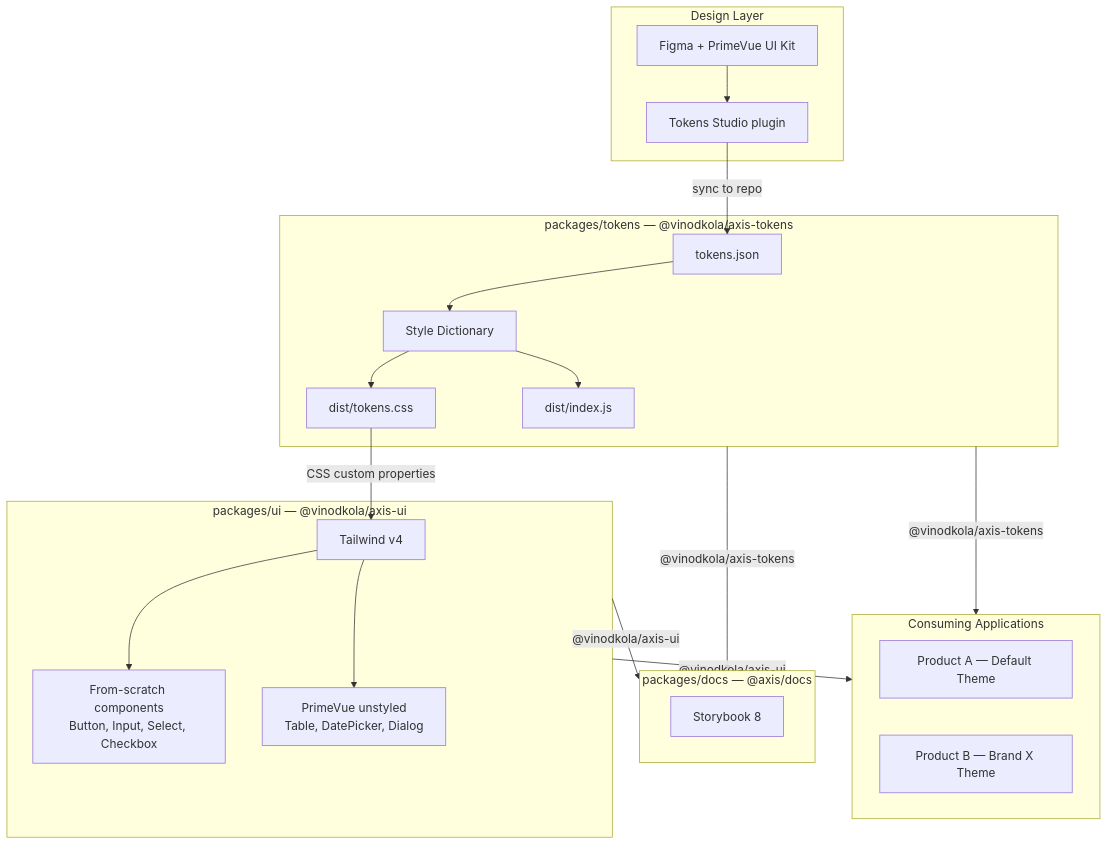
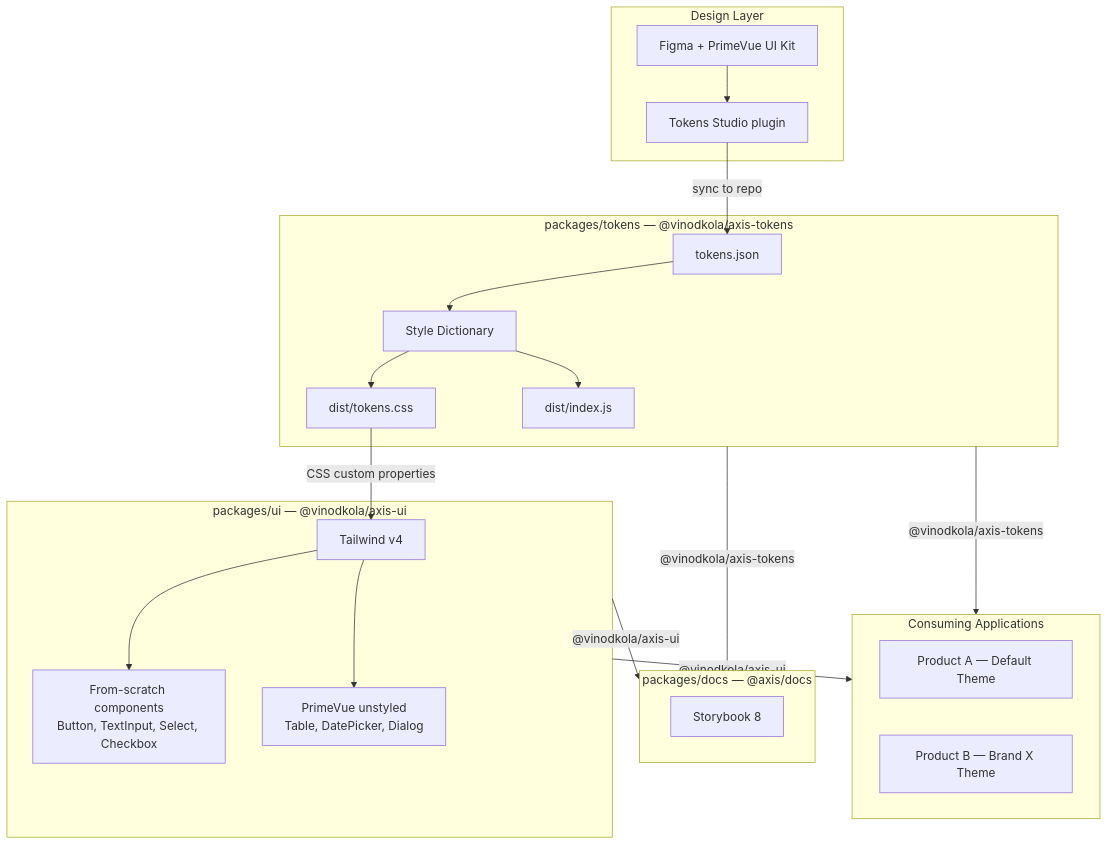
The first of 4 diagrams in docs/architecture.md (vinodkola1337/axis-design-system), drawn with Mermaid before and after one commit. The commit also changed other lines of this file, not shown here.

Commit message:
Align architecture docs with TextInput naming

````diff
--- a/docs/architecture.md
+++ b/docs/architecture.md
@@ -11,42 +11,42 @@
 ```mermaid
 flowchart TD
     subgraph Design["Design Layer"]
         Figma["Figma + PrimeVue UI Kit"]
         TS["Tokens Studio plugin"]
         Figma --> TS
     end
 
     subgraph PkgTokens["packages/tokens — @vinodkola/axis-tokens"]
         JSON["tokens.json"]
         SD["Style Dictionary"]
         CSSOUT["dist/tokens.css"]
         JSOUT["dist/index.js"]
         JSON --> SD
         SD --> CSSOUT
         SD --> JSOUT
     end
 
     subgraph PkgUI["packages/ui — @vinodkola/axis-ui"]
         TW["Tailwind v4"]
-        Scratch["From-scratch components<br/>Button, Input, Select, Checkbox"]
+        Scratch["From-scratch components<br/>Button, TextInput, Select, Checkbox"]
         PVU["PrimeVue unstyled<br/>Table, DatePicker, Dialog"]
         TW --> Scratch
         TW --> PVU
     end
 
     subgraph PkgDocs["packages/docs — @axis/docs"]
         SB["Storybook 8"]
     end
 
     subgraph Consumers["Consuming Applications"]
         AppA["Product A — Default Theme"]
         AppB["Product B — Brand X Theme"]
     end
 
     TS -->|"sync to repo"| JSON
     CSSOUT -->|"CSS custom properties"| TW
     PkgTokens -->|"@vinodkola/axis-tokens"| PkgDocs
     PkgUI -->|"@vinodkola/axis-ui"| PkgDocs
     PkgTokens -->|"@vinodkola/axis-tokens"| Consumers
     PkgUI -->|"@vinodkola/axis-ui"| Consumers
 ```
````
